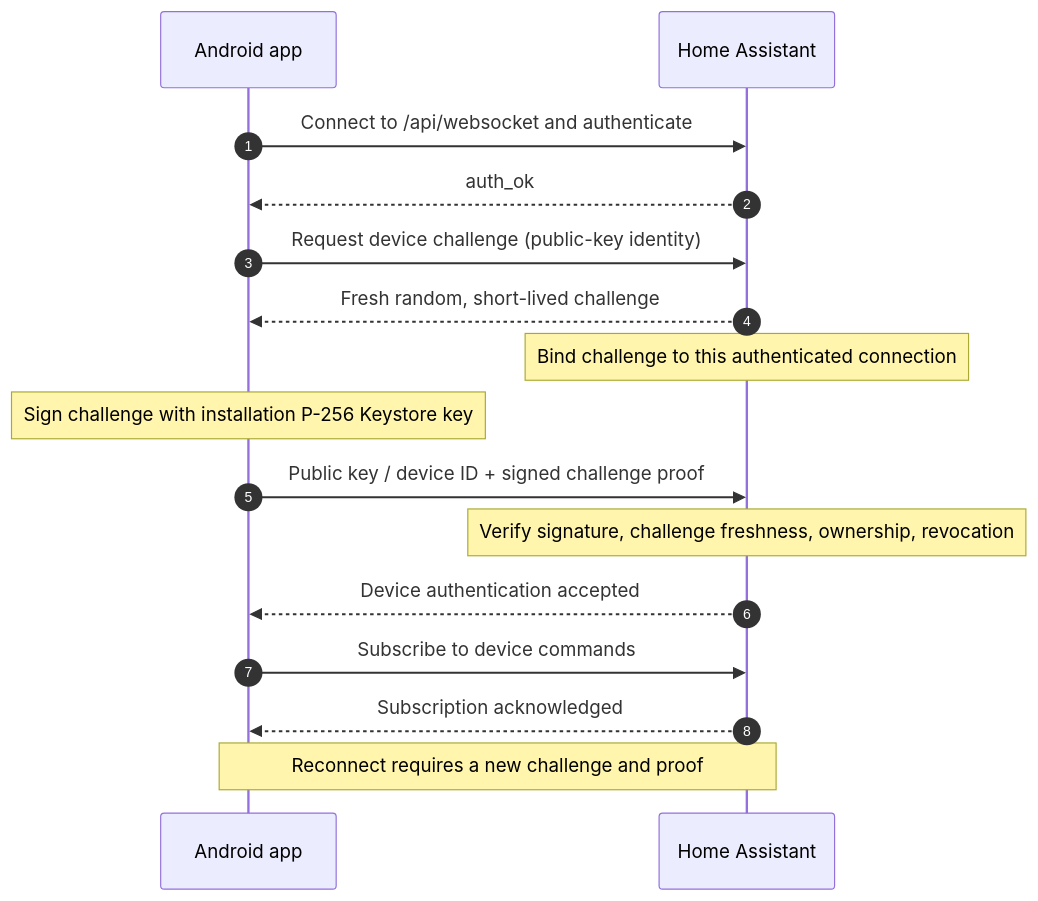
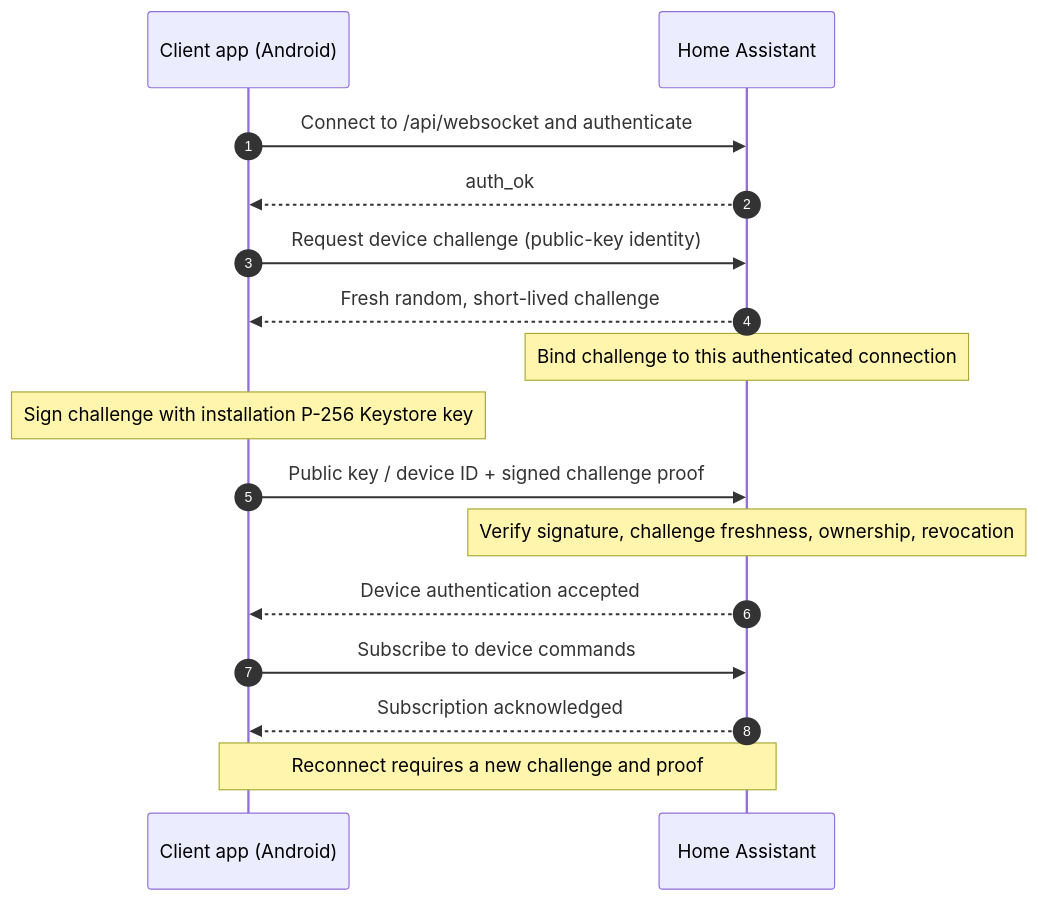
The diagram in docs/DEVELOPERS.md (emarrero-personal/HAMediaConnect), drawn with Mermaid before and after one commit. The commit also changed other lines of this file, not shown here.

Commit message:
docs: use client app terminology for platform-neutral interfaces

````diff
--- a/docs/DEVELOPERS.md
+++ b/docs/DEVELOPERS.md
@@ -65,18 +65,18 @@
 ```mermaid
 sequenceDiagram
     autonumber
-    participant A as Android app
+    participant A as Client app (Android)
     participant H as Home Assistant
     A->>H: Connect to /api/websocket and authenticate
     H-->>A: auth_ok
     A->>H: Request device challenge (public-key identity)
     H-->>A: Fresh random, short-lived challenge
     Note over H: Bind challenge to this authenticated connection
     Note over A: Sign challenge with installation P-256 Keystore key
     A->>H: Public key / device ID + signed challenge proof
     Note over H: Verify signature, challenge freshness, ownership, revocation
     H-->>A: Device authentication accepted
     A->>H: Subscribe to device commands
     H-->>A: Subscription acknowledged
     Note over A,H: Reconnect requires a new challenge and proof
 ```
````
